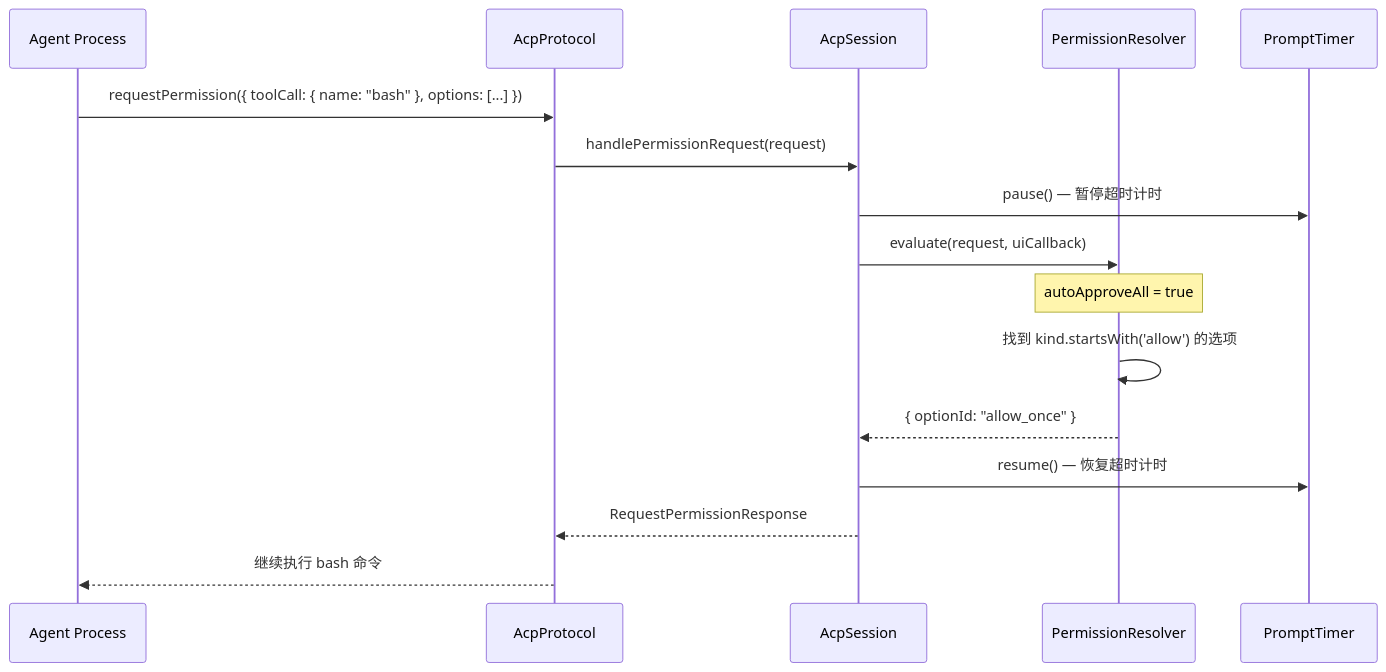
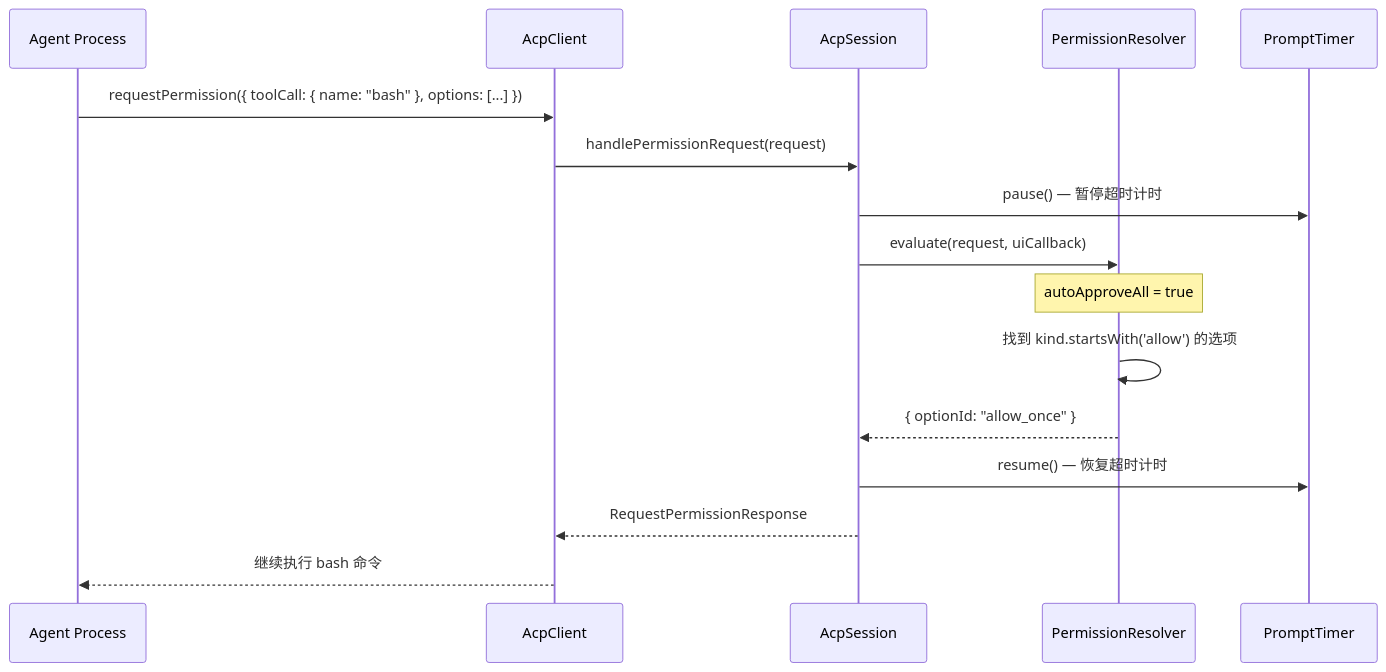
One commit to iOfficeAI/AionUi changed the third of 12 diagrams in docs/feature/acp-rewrite/06-scenario-walkthrough.md. Above: the diagram before and after it, drawn with Mermaid. The commit also changed other lines of this file and 22 other files, not shown here.

First line of the commit message:
refactor(acp): replace Connector+Protocol with AcpClient single-owner pattern

````diff
--- a/docs/feature/acp-rewrite/06-scenario-walkthrough.md
+++ b/docs/feature/acp-rewrite/06-scenario-walkthrough.md
@@ -336,19 +330,19 @@
 ```mermaid
 sequenceDiagram
     participant A as Agent Process
-    participant P as AcpProtocol
+    participant CL as AcpClient
     participant S as AcpSession
     participant PP as PermissionResolver
     participant PT as PromptTimer
 
-    A->>P: requestPermission({ toolCall: { name: "bash" }, options: [...] })
-    P->>S: handlePermissionRequest(request)
+    A->>CL: requestPermission({ toolCall: { name: "bash" }, options: [...] })
+    CL->>S: handlePermissionRequest(request)
     S->>PT: pause() — 暂停超时计时
     S->>PP: evaluate(request, uiCallback)
     Note over PP: autoApproveAll = true
     PP->>PP: 找到 kind.startsWith('allow') 的选项
     PP-->>S: { optionId: "allow_once" }
     S->>PT: resume() — 恢复超时计时
-    S-->>P: RequestPermissionResponse
-    P-->>A: 继续执行 bash 命令
+    S-->>CL: RequestPermissionResponse
+    CL-->>A: 继续执行 bash 命令
 ```
````
